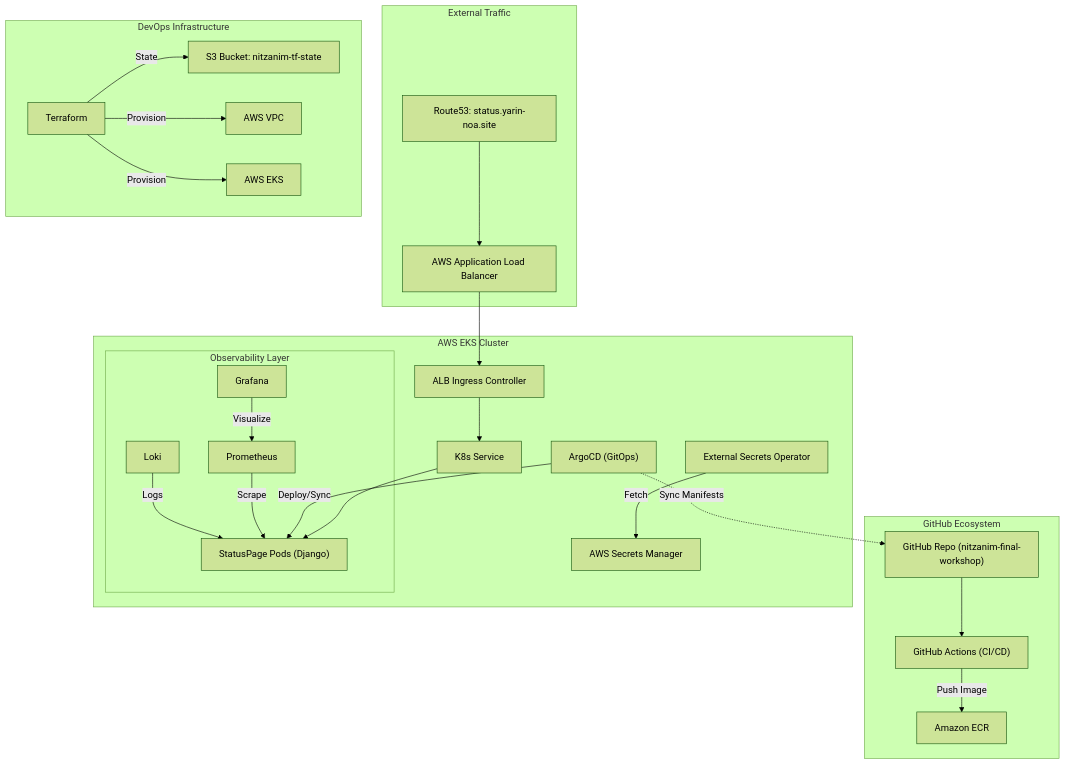
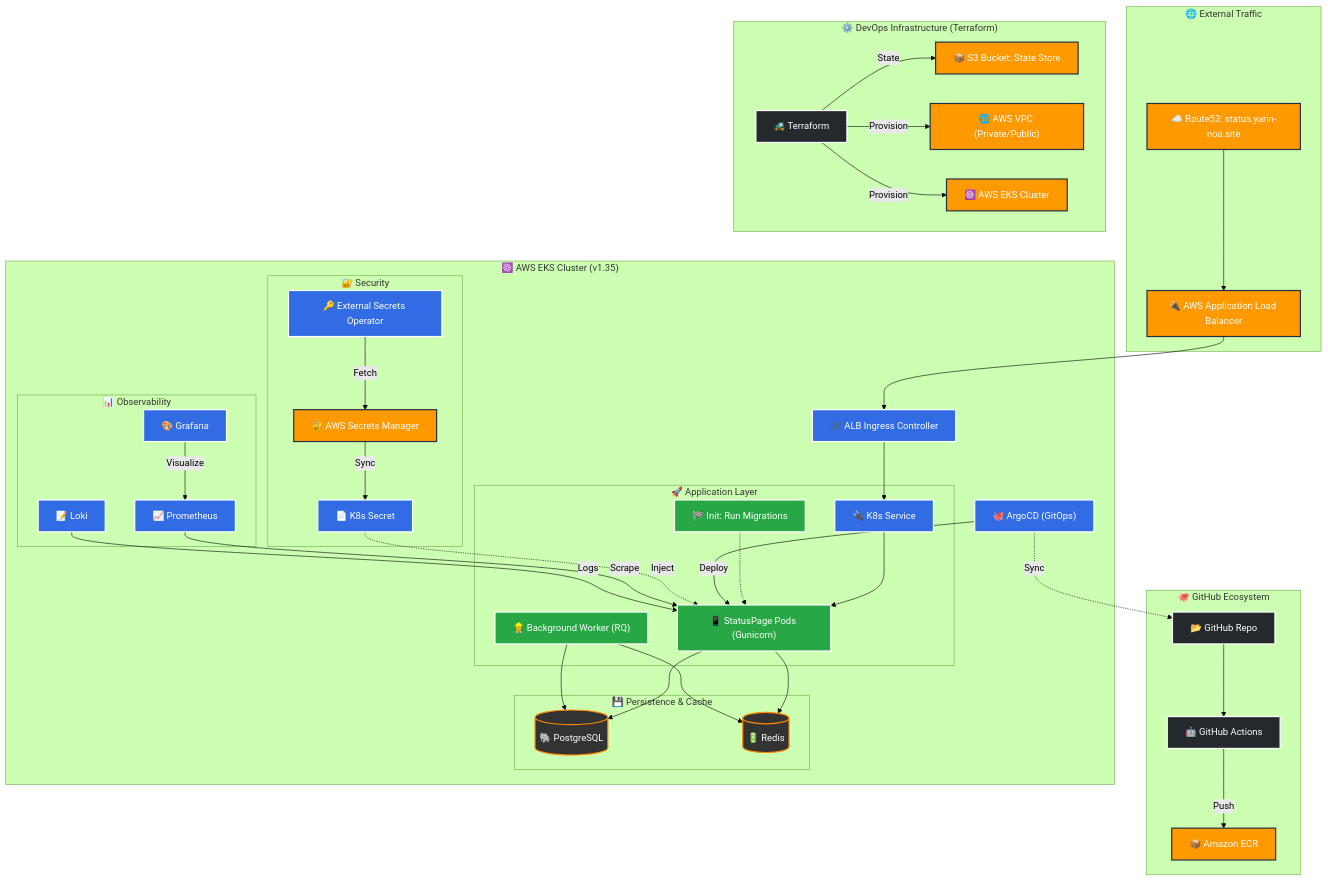
The diagram in README.md (yarinalma6/nitzanim-final-workshop), drawn with Mermaid (forest theme) before and after one commit.

Commit message:
docs: colorize architecture diagram and add missing components (DB, Redis, Worker)

````diff
--- a/README.md
+++ b/README.md
@@ -27,34 +27,57 @@
 ```mermaid
 graph TD
-    subgraph "External Traffic"
-        DNS[Route53: status.yarin-noa.site] --> ALB[AWS Application Load Balancer]
+    %% Global Styles
+    classDef aws fill:#FF9900,stroke:#232F3E,stroke-width:2px,color:white;
+    classDef k8s fill:#326ce5,stroke:#fff,stroke-width:2px,color:white;
+    classDef db fill:#333,stroke:#f80,stroke-width:2px,color:white;
+    classDef gh fill:#24292e,stroke:#fff,stroke-width:2px,color:white;
+    classDef app fill:#28a745,stroke:#fff,stroke-width:2px,color:white;
+
+    subgraph "🌐 External Traffic"
+        DNS["☁️ Route53: status.yarin-noa.site"]:::aws --> ALB["🔌 AWS Application Load Balancer"]:::aws
     end
 
-    subgraph "DevOps Infrastructure"
-        TF[Terraform] -->|State| S3[S3 Bucket: nitzanim-tf-state]
-        TF -->|Provision| VPC[AWS VPC]
-        TF -->|Provision| EKS[AWS EKS]
+    subgraph "⚙️ DevOps Infrastructure (Terraform)"
+        TF["🚜 Terraform"]:::gh -->|State| S3["📦 S3 Bucket: State Store"]:::aws
+        TF -->|Provision| VPC["🌐 AWS VPC (Private/Public)"]:::aws
+        TF -->|Provision| EKS["☸️ AWS EKS Cluster"]:::aws
     end
 
-    subgraph "GitHub Ecosystem"
-        Repo["GitHub Repo (nitzanim-final-workshop)"] --> GHA["GitHub Actions (CI/CD)"]
-        GHA -->|Push Image| ECR["Amazon ECR"]
+    subgraph "🐙 GitHub Ecosystem"
+        Repo["📂 GitHub Repo"]:::gh --> GHA["🤖 GitHub Actions"]:::gh
+        GHA -->|Push| ECR["📦 Amazon ECR"]:::aws
     end
 
-    subgraph "AWS EKS Cluster"
-        ALB --> Ing["ALB Ingress Controller"]
-        Ing --> SVC["K8s Service"]
-        SVC --> Pods["StatusPage Pods (Django)"]
+    subgraph "☸️ AWS EKS Cluster (v1.35)"
+        ALB --> Ing["🕸️ ALB Ingress Controller"]:::k8s
+        Ing --> SVC["🔌 K8s Service"]:::k8s
         
-        Argo["ArgoCD (GitOps)"] -.->|Sync Manifests| Repo
-        Argo -->|Deploy/Sync| Pods
+        subgraph "🚀 Application Layer"
+            SVC --> Pods["📱 StatusPage Pods (Gunicorn)"]:::app
+            Worker["👷 Background Worker (RQ)"]:::app
+            Init["🏁 Init: Run Migrations"]:::app -.-> Pods
+        end
+
+        subgraph "💾 Persistence & Cache"
+            Pods --> DB[("🐘 PostgreSQL")]:::db
+            Worker --> DB
+            Pods --> Cache[("🔋 Redis")]:::db
+            Worker --> Cache
+        end
         
-        ESO["External Secrets Operator"] -->|Fetch| SM["AWS Secrets Manager"]
+        Argo["🐙 ArgoCD (GitOps)"]:::k8s -.->|Sync| Repo
+        Argo -->|Deploy| Pods
         
-        subgraph "Observability Layer"
-            Prom["Prometheus"] -->|Scrape| Pods
-            Graf["Grafana"] -->|Visualize| Prom
-            Loki["Loki"] -->|Logs| Pods
+        subgraph "🔐 Security"
+            ESO["🔑 External Secrets Operator"]:::k8s -->|Fetch| SM["🔐 AWS Secrets Manager"]:::aws
+            SM -->|Sync| K8sSec["📄 K8s Secret"]:::k8s
+            K8sSec -.->|Inject| Pods
+        end
+        
+        subgraph "📊 Observability"
+            Prom["📈 Prometheus"]:::k8s -->|Scrape| Pods
+            Graf["🎨 Grafana"]:::k8s -->|Visualize| Prom
+            Loki["📝 Loki"]:::k8s -->|Logs| Pods
         end
     end
 ```
````
